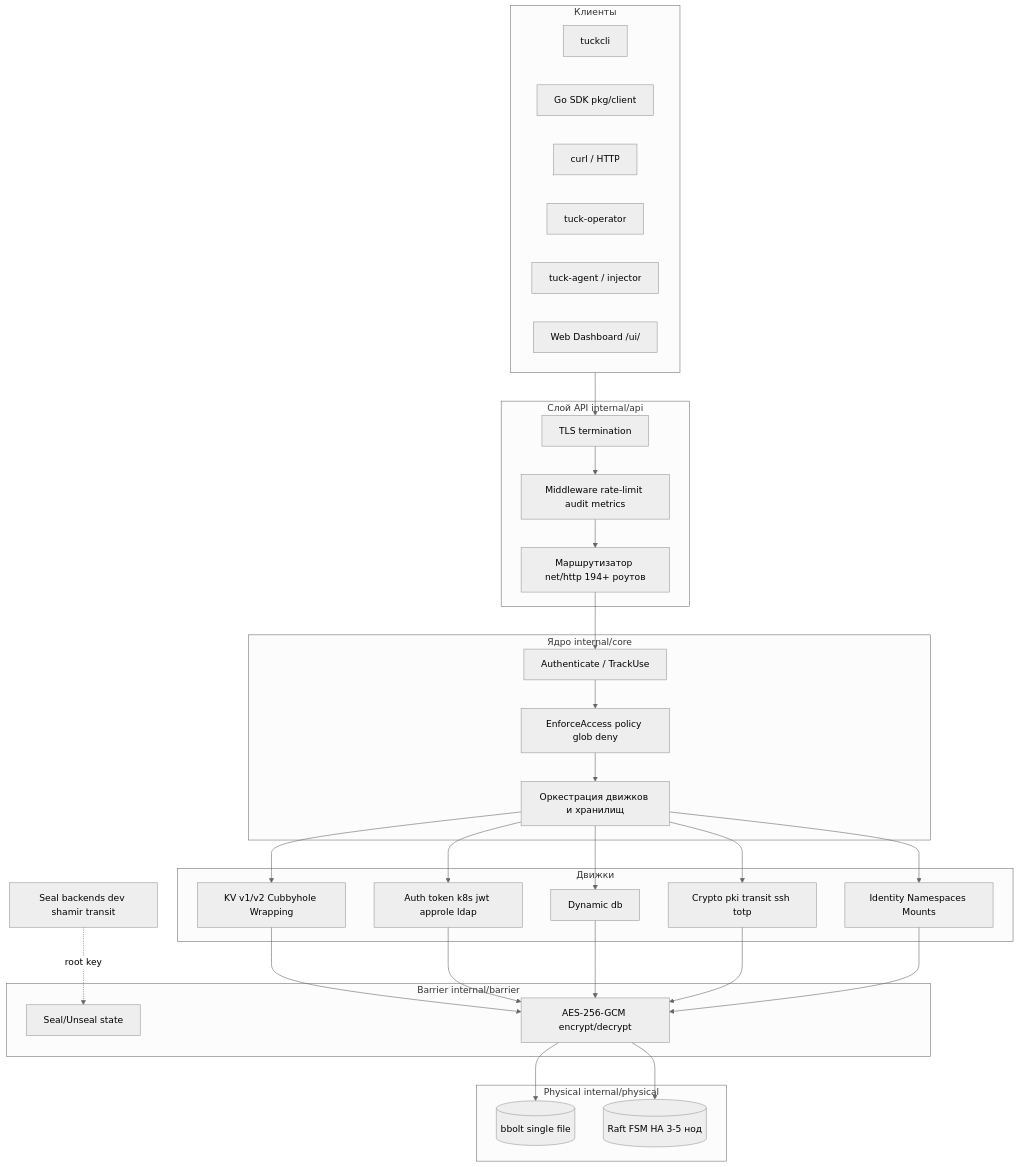
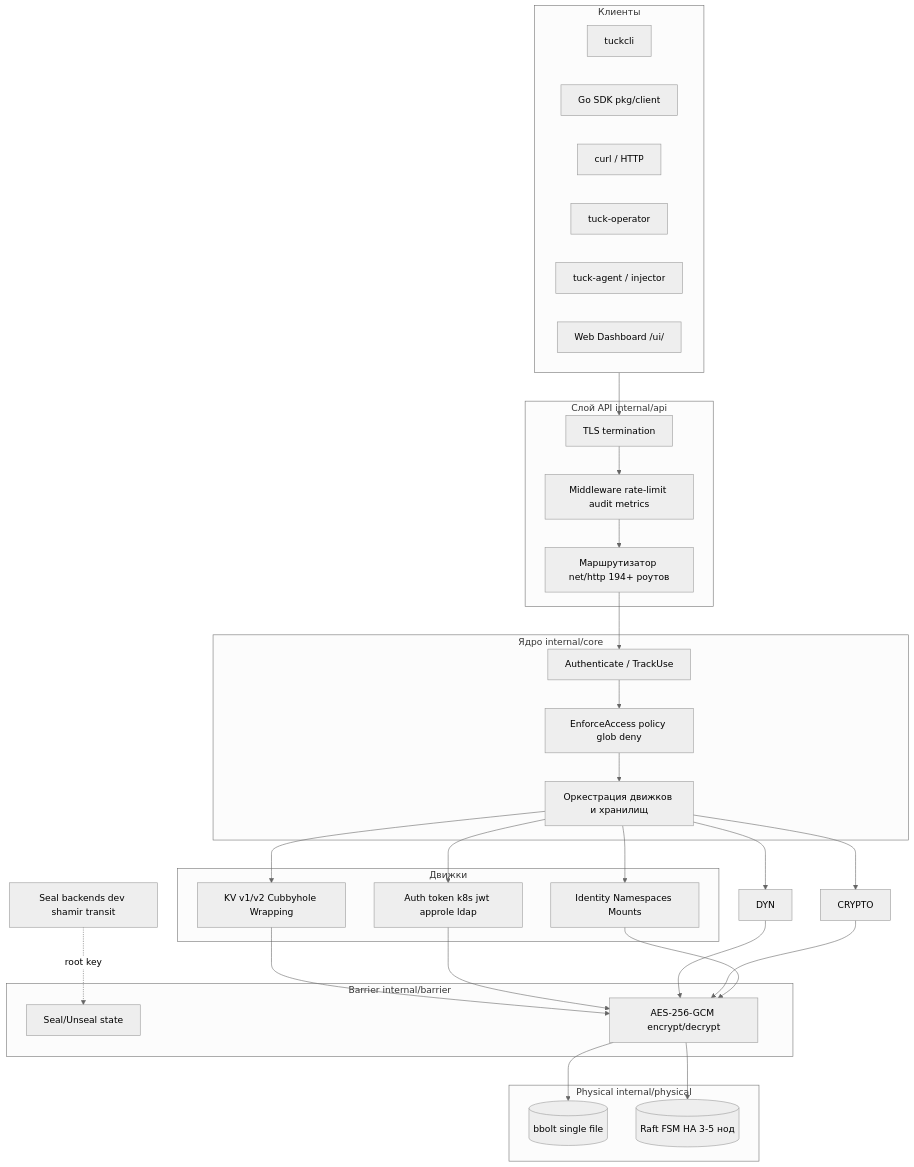
Before and after one commit to NAGenaev/tuck: the first of 9 diagrams in docs/02-architecture.md, drawn with Mermaid (neutral theme). The commit also changed other lines of this file and 114 other files, not shown here.

First line of the commit message:
refactor: remove PKI, Transit, SSH, TOTP, Database engines and leases

````diff
--- a/docs/02-architecture.md
+++ b/docs/02-architecture.md
@@ -24,58 +23,56 @@
 ```mermaid
 flowchart TB
     subgraph clients["Клиенты"]
         CLI[tuckcli]
         SDK["Go SDK pkg/client"]
         CURL["curl / HTTP"]
         OP[tuck-operator]
         INJ["tuck-agent / injector"]
         UIc["Web Dashboard /ui/"]
     end
 
     subgraph api["Слой API internal/api"]
         TLS[TLS termination]
         MW["Middleware rate-limit audit metrics"]
         ROUTES["Маршрутизатор net/http 194+ роутов"]
     end
 
     subgraph core["Ядро internal/core"]
         AUTH["Authenticate / TrackUse"]
         ACL["EnforceAccess policy glob deny"]
         ORCH["Оркестрация движков и хранилищ"]
     end
 
     subgraph engines["Движки"]
         KV["KV v1/v2 Cubbyhole Wrapping"]
         AUTHENG["Auth token k8s jwt approle ldap"]
-        DYN["Dynamic db"]
-        CRYPTO["Crypto pki transit ssh totp"]
         IDENT["Identity Namespaces Mounts"]
     end
 
     subgraph barrier["Barrier internal/barrier"]
         SEAL["Seal/Unseal state"]
         ENC["AES-256-GCM encrypt/decrypt"]
     end
 
     subgraph physical["Physical internal/physical"]
         BBOLT[("bbolt single file")]
         RAFT[("Raft FSM HA 3-5 нод")]
     end
 
     SEALPROV["Seal backends dev shamir transit"]
 
     clients --> TLS --> MW --> ROUTES --> AUTH --> ACL --> ORCH
     ORCH --> KV
     ORCH --> AUTHENG
     ORCH --> DYN
     ORCH --> CRYPTO
     ORCH --> IDENT
     KV --> ENC
     AUTHENG --> ENC
     DYN --> ENC
     CRYPTO --> ENC
     IDENT --> ENC
     SEALPROV -.->|root key| SEAL
     ENC --> BBOLT
     ENC --> RAFT
 ```
````
